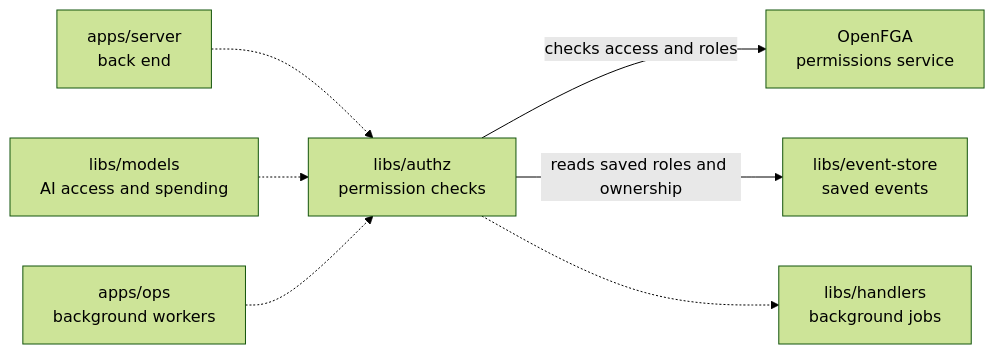
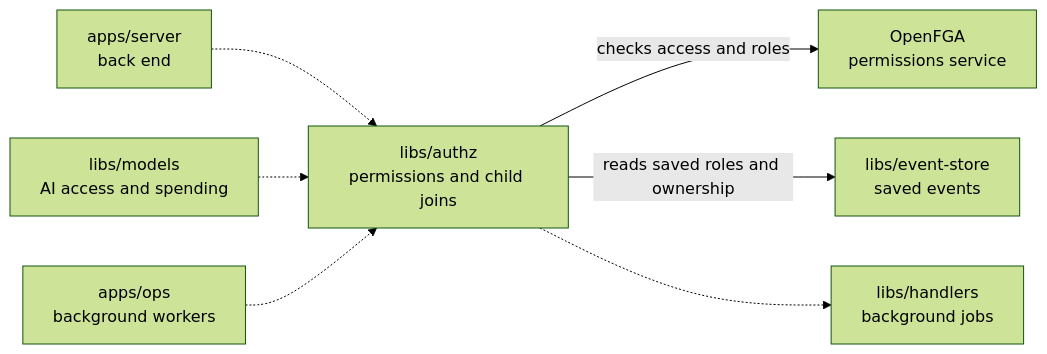
Before and after one commit to elewa-git/opencrane-new: the diagram in libs/authz/README.md, drawn with Mermaid (forest theme). The commit also changed other lines of this file and 24 other files, not shown here.

````diff
--- a/libs/authz/README.md
+++ b/libs/authz/README.md
@@ -11,9 +11,9 @@
 ```mermaid
 flowchart LR
-  server["apps/server<br/>back end"] -.-> authz["libs/authz<br/>permission checks"]
+  server["apps/server<br/>back end"] -.-> authz["libs/authz<br/>permissions and child joins"]
   models["libs/models<br/>AI access and spending"] -.-> authz
   ops["apps/ops<br/>background workers"] -.-> authz
   authz -->|checks access and roles| fga["OpenFGA<br/>permissions service"]
   authz -->|reads saved roles and ownership| store["libs/event-store<br/>saved events"]
   authz -.-> handlers["libs/handlers<br/>background jobs"]
 ```
````
